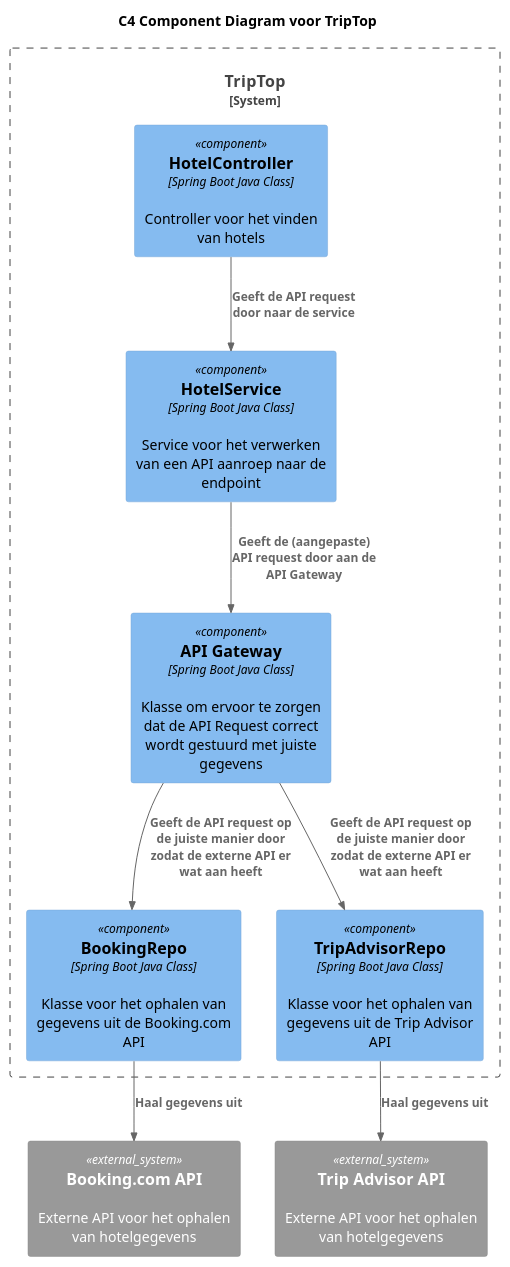
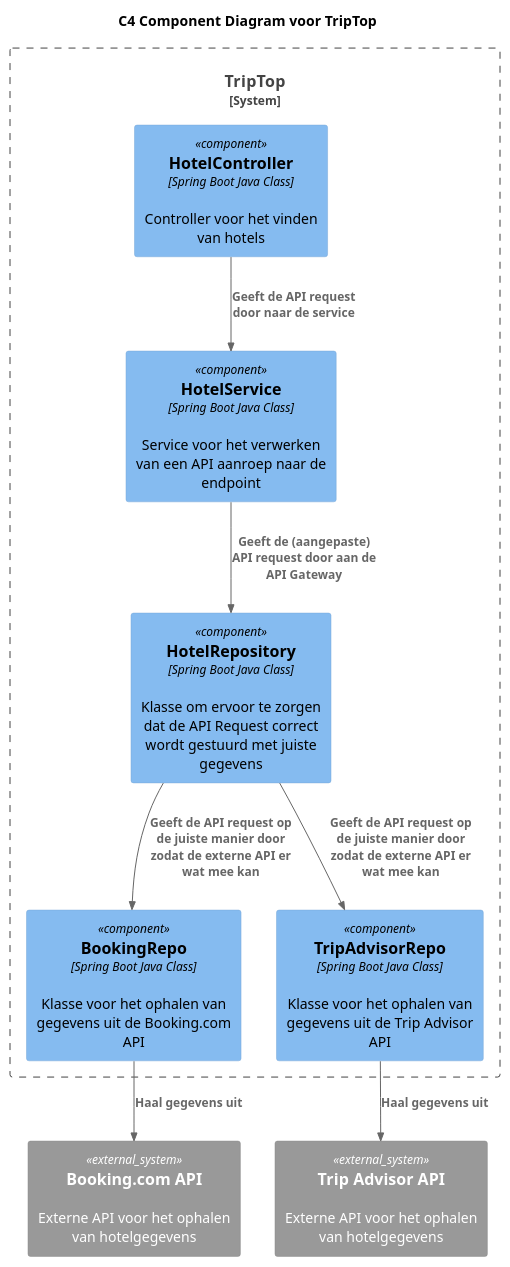
The diagram in huiswerkNiels/huiswerkAPI/src/main/java/com/example/huiswerkAPI/C4_Component_diagram_Onderzoeksvraag.puml (AIM-ENE-feb25/triptop-jrn), drawn with PlantUML before and after one commit. The commit also changed 2 other files, not shown here.

Commit message:
component diagram & dynamic diagram aangepast

```diff
--- a/huiswerkNiels/huiswerkAPI/src/main/java/com/example/huiswerkAPI/C4_Component_diagram_Onderzoeksvraag.puml
+++ b/huiswerkNiels/huiswerkAPI/src/main/java/com/example/huiswerkAPI/C4_Component_diagram_Onderzoeksvraag.puml
@@ -1,24 +1,24 @@
 @startuml
 !include <C4/C4_Component>
 
 title C4 Component Diagram voor TripTop
 
 System_Boundary(triptop_core, "TripTop") {
 
 Component(HotelController, "HotelController", "Spring Boot Java Class", "Controller voor het vinden van hotels")
 Component(HotelService, "HotelService", "Spring Boot Java Class", "Service voor het verwerken van een API aanroep naar de endpoint")
-Component(API_Gateway, "API Gateway", "Spring Boot Java Class", "Klasse om ervoor te zorgen dat de API Request correct wordt gestuurd met juiste gegevens")
+Component(HotelRepository, "HotelRepository", "Spring Boot Java Class", "Klasse om ervoor te zorgen dat de API Request correct wordt gestuurd met juiste gegevens")
 Component(BookingRepo, "BookingRepo", "Spring Boot Java Class", "Klasse voor het ophalen van gegevens uit de Booking.com API")
 Component(TripAdvisorRepo, "TripAdvisorRepo", "Spring Boot Java Class", "Klasse voor het ophalen van gegevens uit de Trip Advisor API")
 }
 
 System_Ext(Booking, "Booking.com API", "Externe API voor het ophalen van hotelgegevens")
 System_Ext(TripAdvisor, "Trip Advisor API", "Externe API voor het ophalen van hotelgegevens")
 
 Rel("HotelController", "HotelService", "Geeft de API request door naar de service")
-Rel("HotelService", "API_Gateway", "Geeft de (aangepaste) API request door aan de API Gateway")
-Rel("API_Gateway", "BookingRepo", "Geeft de API request op de juiste manier door zodat de externe API er wat aan heeft")
-Rel("API_Gateway", "TripAdvisorRepo", "Geeft de API request op de juiste manier door zodat de externe API er wat aan heeft")
+Rel("HotelService", "HotelRepository", "Geeft de (aangepaste) API request door aan de API Gateway")
+Rel("HotelRepository", "BookingRepo", "Geeft de API request op de juiste manier door zodat de externe API er wat mee kan")
+Rel("HotelRepository", "TripAdvisorRepo", "Geeft de API request op de juiste manier door zodat de externe API er wat mee kan")
 Rel("BookingRepo", "Booking", "Haal gegevens uit")
 Rel("TripAdvisorRepo", "TripAdvisor", "Haal gegevens uit")
 @enduml
```
